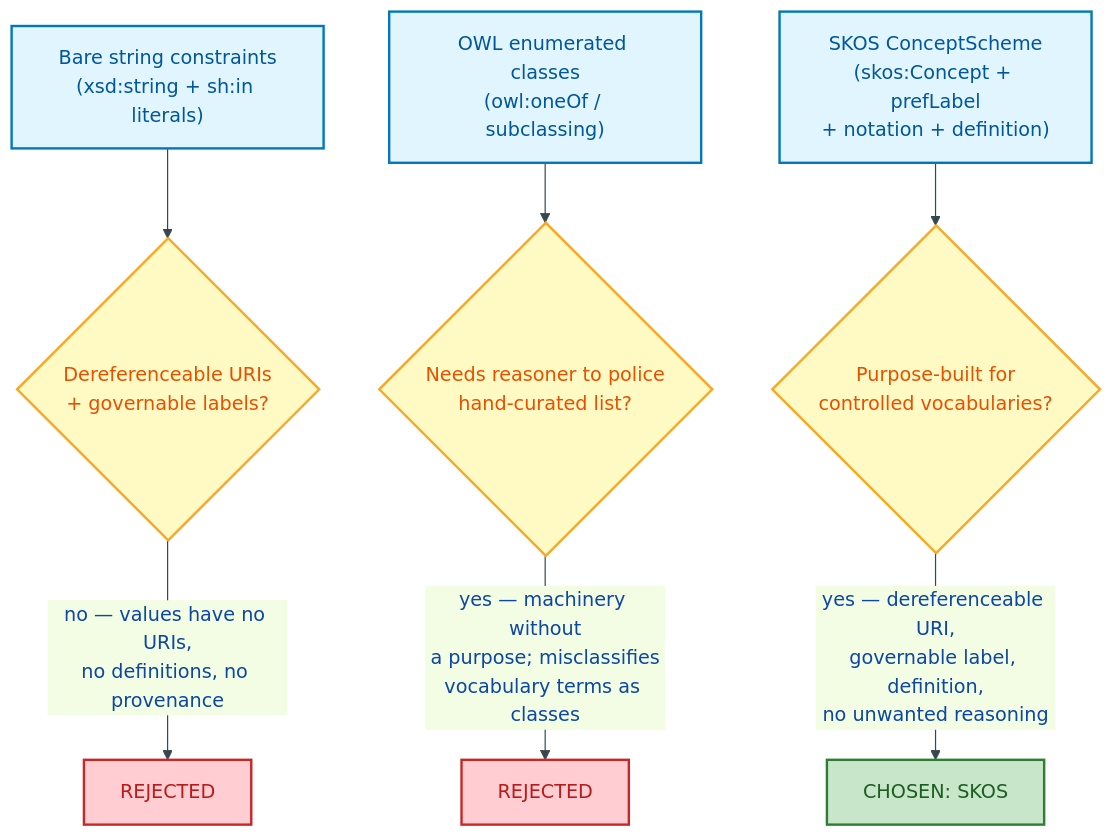
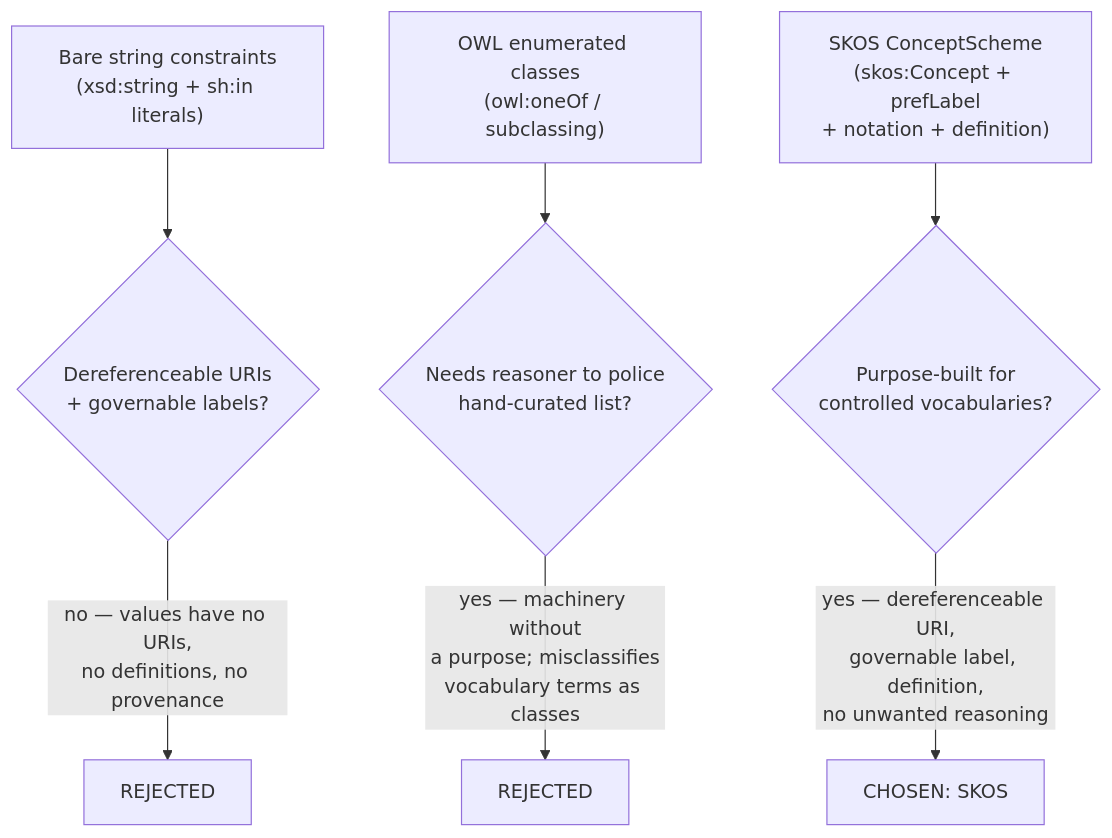
The first of 4 diagrams in docs/ontology/odr/ODR-0011-enumeration-vocabularies.md (sparkling/opda), drawn with Mermaid before and after one commit. The commit also changed other lines of this file and 25 other files, not shown here.

````diff
--- a/docs/ontology/odr/ODR-0011-enumeration-vocabularies.md
+++ b/docs/ontology/odr/ODR-0011-enumeration-vocabularies.md
@@ -29,18 +29,13 @@
 ```mermaid
-%%{init:{"theme":"base","themeVariables":{"primaryColor":"#E3F2FD","primaryTextColor":"#0D47A1","primaryBorderColor":"#1565C0","lineColor":"#37474F"}}}%%
 flowchart TD
     accTitle: Modelling options for JSON enumerations
     accDescr: Flowchart showing three candidate approaches — bare string constraints, OWL enumerated classes, and SKOS concept schemes — evaluated against four drivers; SKOS is the chosen outcome.
-    classDef process fill:#E1F5FE,stroke:#0277BD,stroke-width:2px,color:#01579B
-    classDef decision fill:#FFF9C4,stroke:#F9A825,stroke-width:2px,color:#E65100
-    classDef output fill:#C8E6C9,stroke:#2E7D32,stroke-width:2px,color:#1B5E20
-    classDef reject fill:#FFCDD2,stroke:#C62828,stroke-width:2px,color:#B71C1C
 
-    A["Bare string constraints<br/>(xsd:string + sh:in literals)"]:::process --> D1{"Dereferenceable URIs<br/>+ governable labels?"}:::decision
-    A2["OWL enumerated classes<br/>(owl:oneOf / subclassing)"]:::process --> D2{"Needs reasoner to police<br/>hand-curated list?"}:::decision
-    A3["SKOS ConceptScheme<br/>(skos:Concept + prefLabel<br/>+ notation + definition)"]:::process --> D3{"Purpose-built for<br/>controlled vocabularies?"}:::decision
+    A["Bare string constraints<br/>(xsd:string + sh:in literals)"]:::process --> D1{"Dereferenceable URIs<br/>+ governable labels?"}:::warning
+    A2["OWL enumerated classes<br/>(owl:oneOf / subclassing)"]:::process --> D2{"Needs reasoner to police<br/>hand-curated list?"}:::warning
+    A3["SKOS ConceptScheme<br/>(skos:Concept + prefLabel<br/>+ notation + definition)"]:::process --> D3{"Purpose-built for<br/>controlled vocabularies?"}:::warning
 
-    D1 -->|"no — values have no URIs,<br/>no definitions, no provenance"| R1["REJECTED"]:::reject
-    D2 -->|"yes — machinery without<br/>a purpose; misclassifies<br/>vocabulary terms as classes"| R2["REJECTED"]:::reject
-    D3 -->|"yes — dereferenceable URI,<br/>governable label, definition,<br/>no unwanted reasoning"| C["CHOSEN: SKOS"]:::output
+    D1 -->|"no — values have no URIs,<br/>no definitions, no provenance"| R1["REJECTED"]:::error
+    D2 -->|"yes — machinery without<br/>a purpose; misclassifies<br/>vocabulary terms as classes"| R2["REJECTED"]:::error
+    D3 -->|"yes — dereferenceable URI,<br/>governable label, definition,<br/>no unwanted reasoning"| C["CHOSEN: SKOS"]:::success
 ```
````
